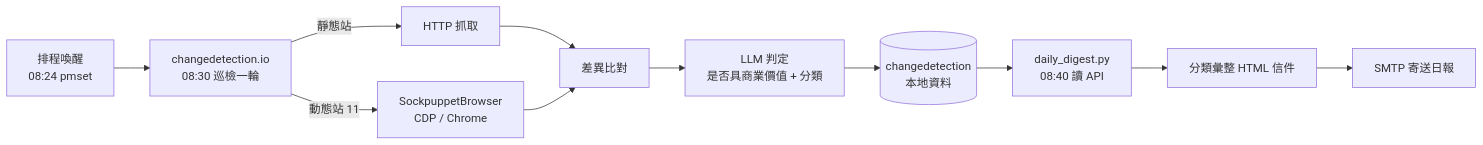
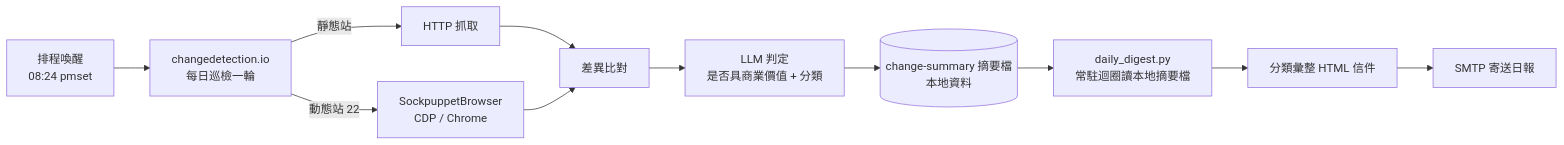
One commit to Andy09241020/supplier-site-monitor changed the diagram in README.md. Above: the diagram before and after it, drawn with Mermaid. The commit also changed other lines of this file and 2 other files, not shown here.

````diff
--- a/README.md
+++ b/README.md
@@ -42,13 +42,13 @@
 ```mermaid
 flowchart LR
-    A[排程喚醒<br/>08:24 pmset] --> B[changedetection.io<br/>08:30 巡檢一輪]
+    A[排程喚醒<br/>08:24 pmset] --> B[changedetection.io<br/>每日巡檢一輪]
     B -->|靜態站| C[HTTP 抓取]
-    B -->|動態站 11| D[SockpuppetBrowser<br/>CDP / Chrome]
+    B -->|動態站 22| D[SockpuppetBrowser<br/>CDP / Chrome]
     C --> E[差異比對]
     D --> E
     E --> F[LLM 判定<br/>是否具商業價值 + 分類]
-    F --> G[(changedetection<br/>本地資料)]
-    G --> H[daily_digest.py<br/>08:40 讀 API]
+    F --> G[(change-summary 摘要檔<br/>本地資料)]
+    G --> H[daily_digest.py<br/>常駐迴圈讀本地摘要檔]
     H --> I[分類彙整 HTML 信件]
     I --> J[SMTP 寄送日報]
 ```
````
